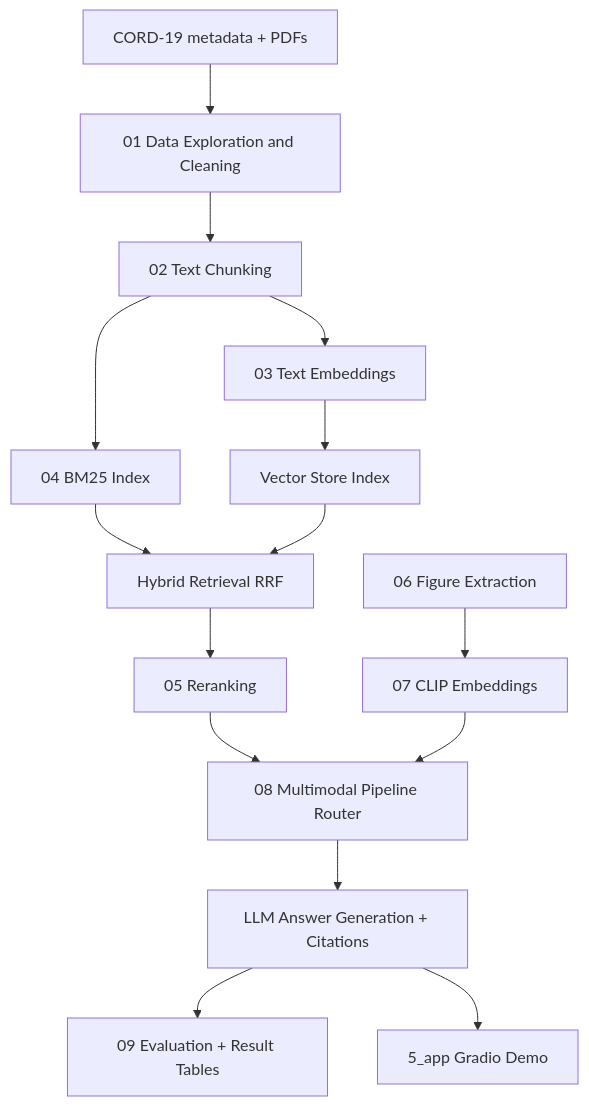
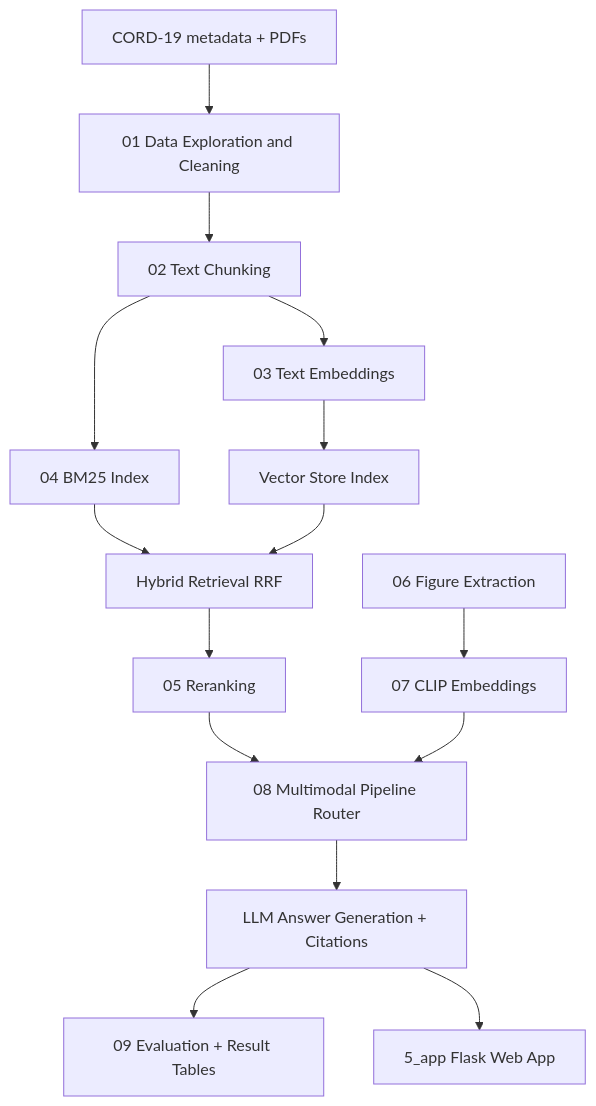
The diagram in 0_docs/system_design_readme.md (Anaskaysar/SciRet), drawn with Mermaid before and after one commit. The commit also changed 32 other files, not shown here.

````diff
--- a/0_docs/system_design_readme.md
+++ b/0_docs/system_design_readme.md
@@ -58,17 +58,17 @@
 ```mermaid
 flowchart TD
     A[CORD-19 metadata + PDFs] --> B[01 Data Exploration and Cleaning]
     B --> C[02 Text Chunking]
     C --> D[03 Text Embeddings]
     C --> E[04 BM25 Index]
     D --> F[Vector Store Index]
     E --> G[Hybrid Retrieval RRF]
     F --> G
     G --> H[05 Reranking]
     H --> I[08 Multimodal Pipeline Router]
     J[06 Figure Extraction] --> K[07 CLIP Embeddings]
     K --> I
     I --> L[LLM Answer Generation + Citations]
     L --> M[09 Evaluation + Result Tables]
-    L --> N[5_app Gradio Demo]
+    L --> N[5_app Flask Web App]
 ```
````
